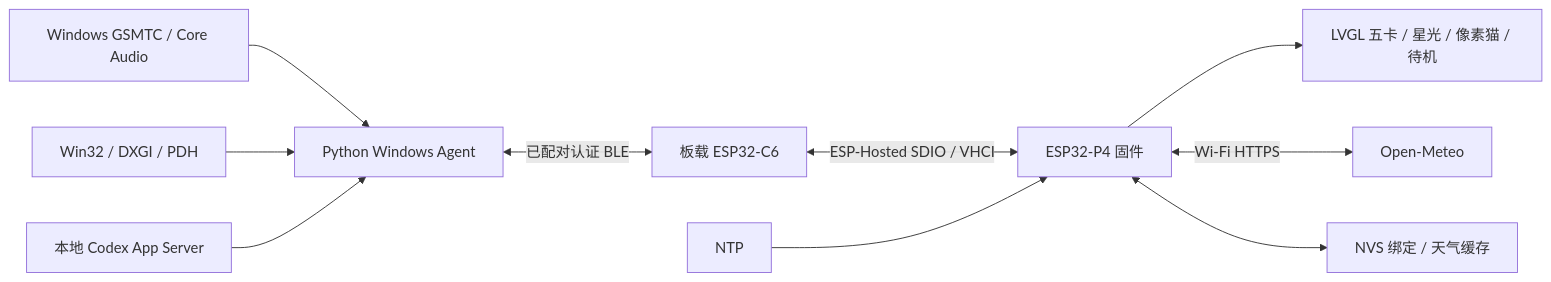
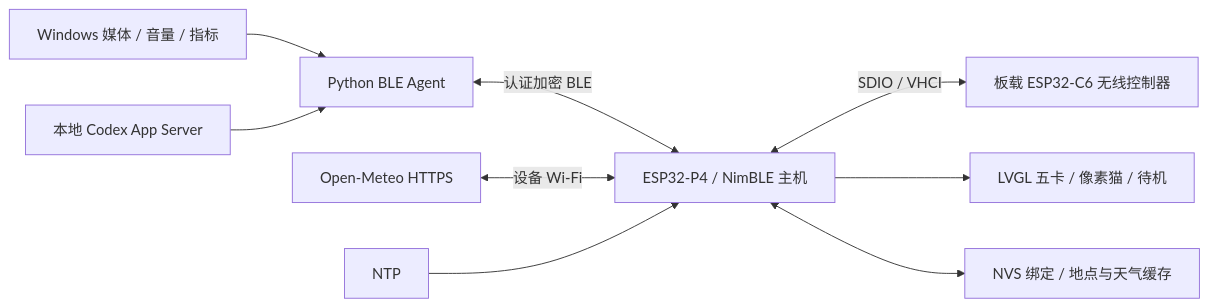
Before and after one commit to 2823700739-sudo/ESP32-P4-4B-Luna: the diagram in docs/DEVELOPMENT.md, drawn with Mermaid. The commit also changed other lines of this file and 38 other files, not shown here.

````diff
--- a/docs/DEVELOPMENT.md
+++ b/docs/DEVELOPMENT.md
@@ -7,12 +7,11 @@
 ```mermaid
 flowchart LR
-  Media[Windows GSMTC / Core Audio] --> Agent[Python Windows Agent]
-  Metrics[Win32 / DXGI / PDH] --> Agent
+  Windows[Windows 媒体 / 音量 / 指标] --> Agent[Python BLE Agent]
   Codex[本地 Codex App Server] --> Agent
-  Agent <-->|已配对认证 BLE| C6[板载 ESP32-C6]
-  C6 <-->|ESP-Hosted SDIO / VHCI| P4[ESP32-P4 固件]
-  P4 --> UI[LVGL 五卡 / 星光 / 像素猫 / 待机]
-  P4 <-->|Wi-Fi HTTPS| Weather[Open-Meteo]
+  Agent <-->|认证加密 BLE| P4[ESP32-P4 / NimBLE 主机]
+  P4 <-->|SDIO / VHCI| C6[板载 ESP32-C6 无线控制器]
+  P4 --> UI[LVGL 五卡 / 像素猫 / 待机]
+  Weather[Open-Meteo HTTPS] <-->|设备 Wi-Fi| P4
   NTP[NTP] --> P4
-  P4 <--> NVS[NVS 绑定 / 天气缓存]
+  P4 <--> NVS[NVS 绑定 / 地点与天气缓存]
 ```
````
